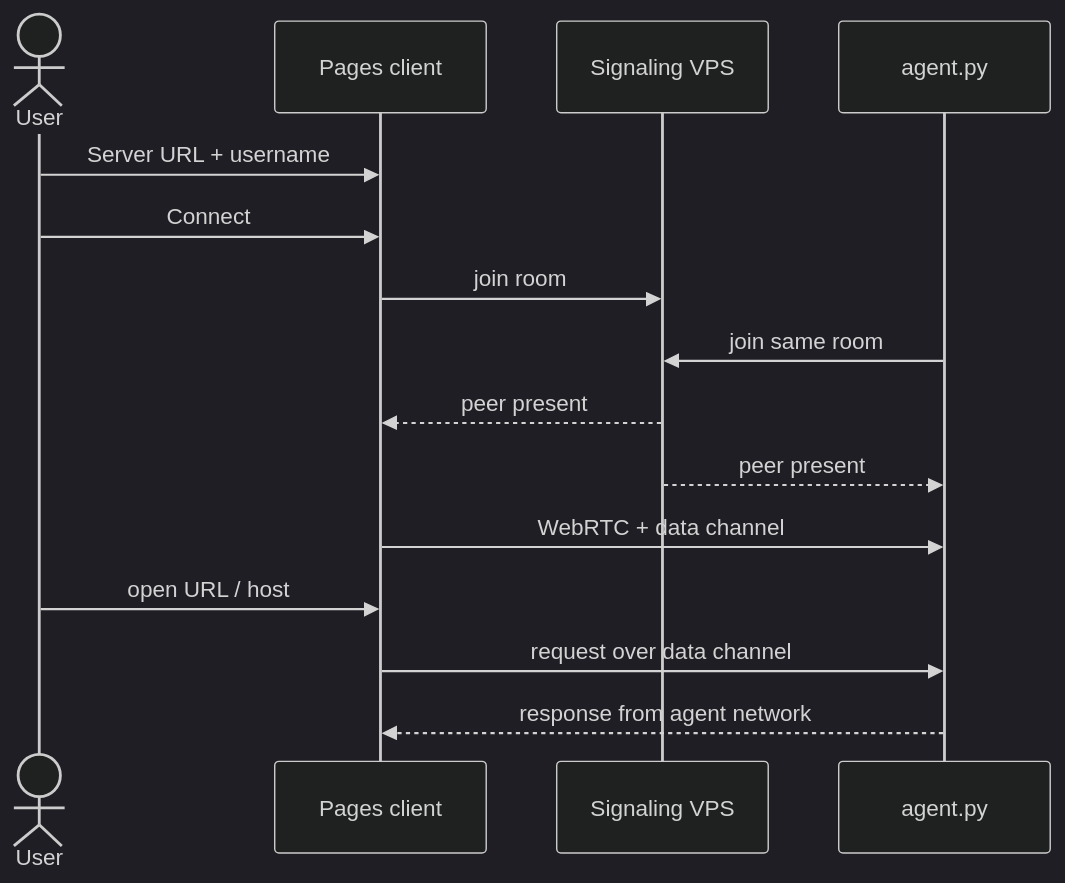
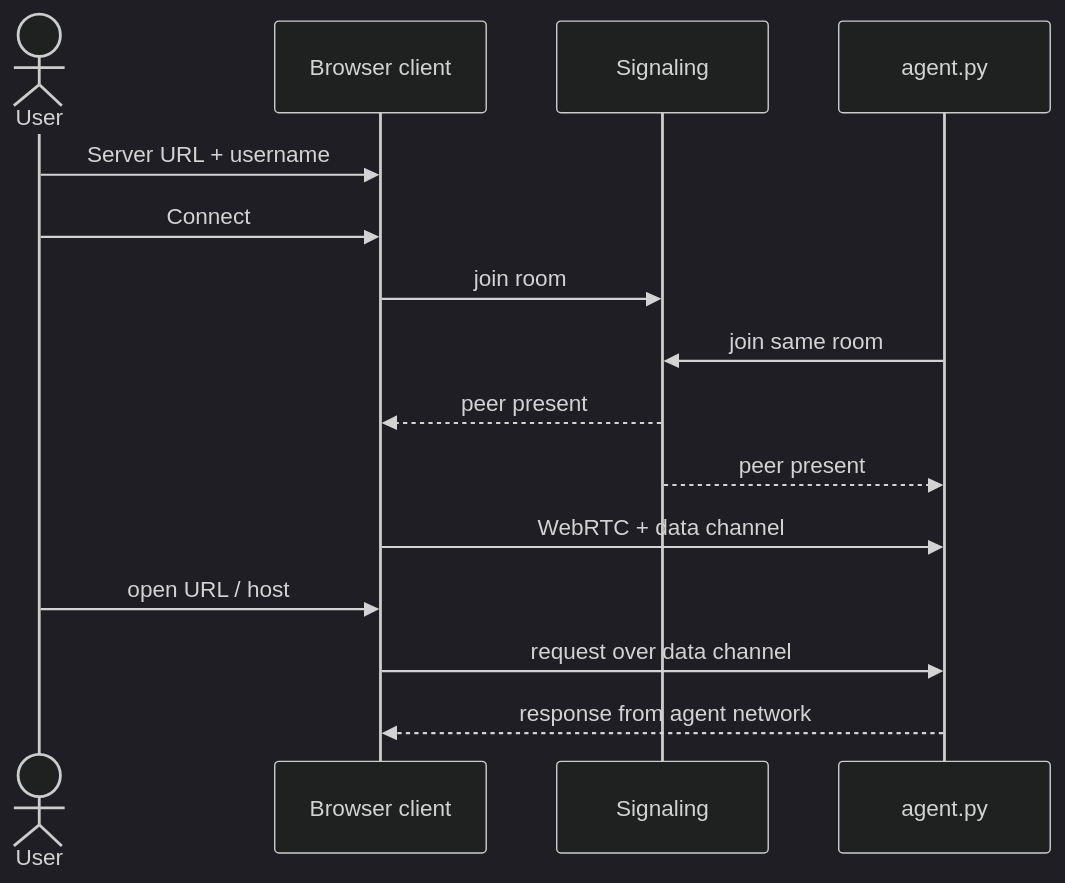
Before and after one commit to ABproductionIT/P2P_Network: the second of 2 diagrams in README.md, drawn with Mermaid (dark theme). The commit also changed other lines of this file and 6 other files, not shown here.

````diff
--- a/README.md
+++ b/README.md
@@ -28,18 +28,18 @@
 ```mermaid
 sequenceDiagram
   actor User
-  participant Client as Pages client
-  participant Sig as Signaling VPS
+  participant Client as Browser client
+  participant Sig as Signaling
   participant Agent as agent.py
 
   User->>Client: Server URL + username
   User->>Client: Connect
   Client->>Sig: join room
   Agent->>Sig: join same room
   Sig-->>Client: peer present
   Sig-->>Agent: peer present
   Client->>Agent: WebRTC + data channel
   User->>Client: open URL / host
   Client->>Agent: request over data channel
   Agent-->>Client: response from agent network
 ```
````
